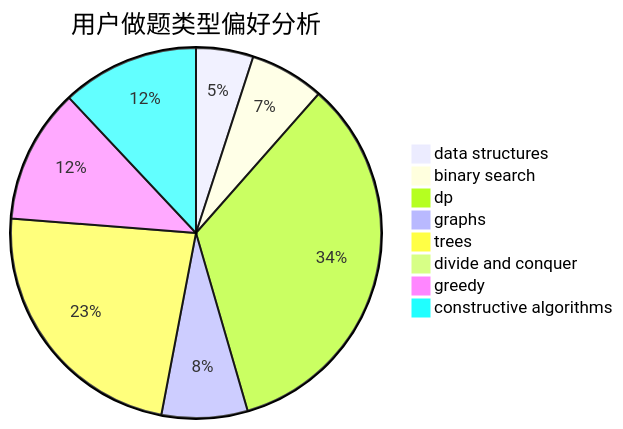
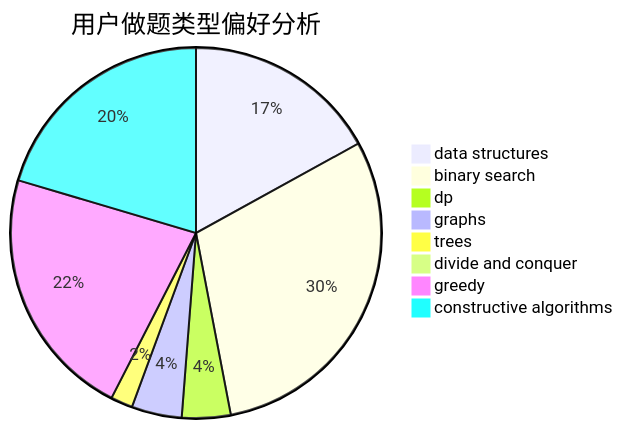
One commit to sherpahu/cfrs.github.io changed the second of 3 diagrams in docs/user/u1334.md. Above: the diagram before and after it, drawn with Mermaid. The commit also changed other lines of this file and 2770 other files, not shown here.

````diff
--- a/docs/user/u1334.md
+++ b/docs/user/u1334.md
@@ -23,11 +23,11 @@
 ```mermaid
 pie title 用户做题类型偏好分析
-    "data structures" :  20
-    "binary search" :  26
-    "dp" :  136
-    "graphs" :  30
-    "trees" :  93
+    "data structures" :  124
+    "binary search" :  219
+    "dp" :  31
+    "graphs" :  32
+    "trees" :  14
     "divide and conquer" :  0
-    "greedy" :  47
-    "constructive algorithms" :  48
+    "greedy" :  161
+    "constructive algorithms" :  149
 ```
````
